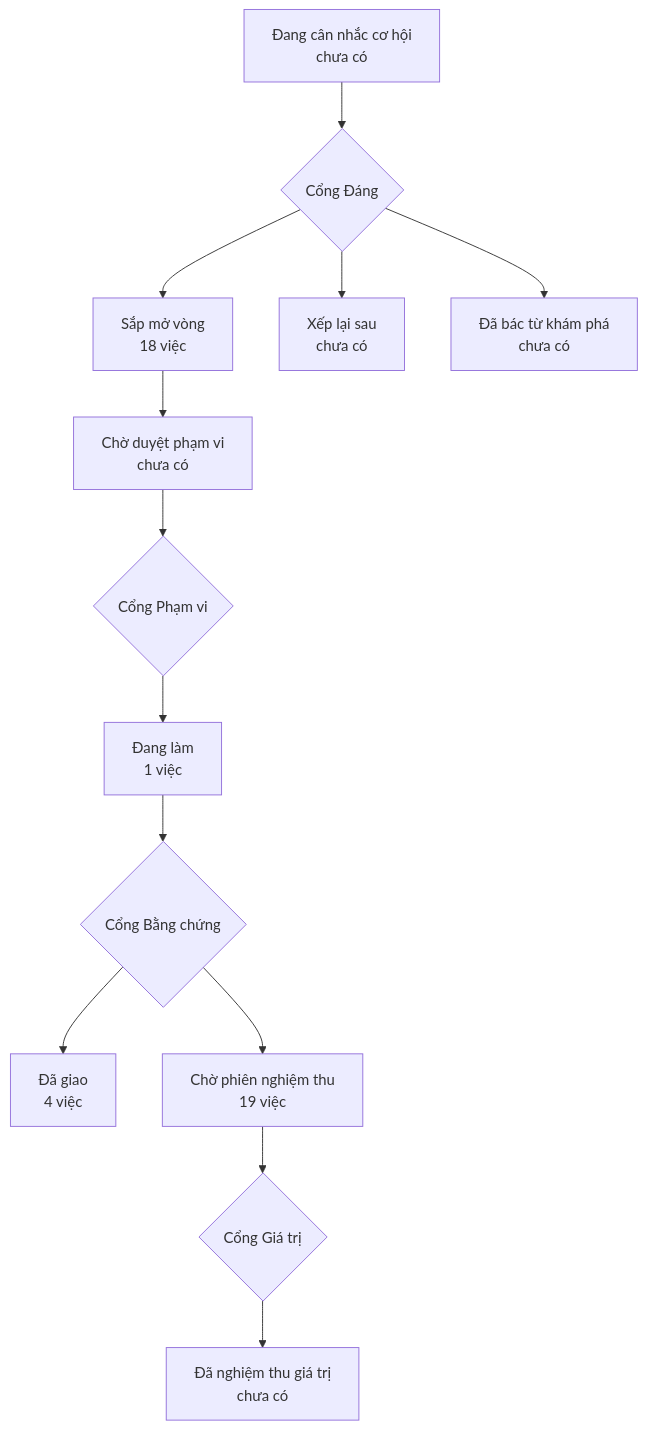
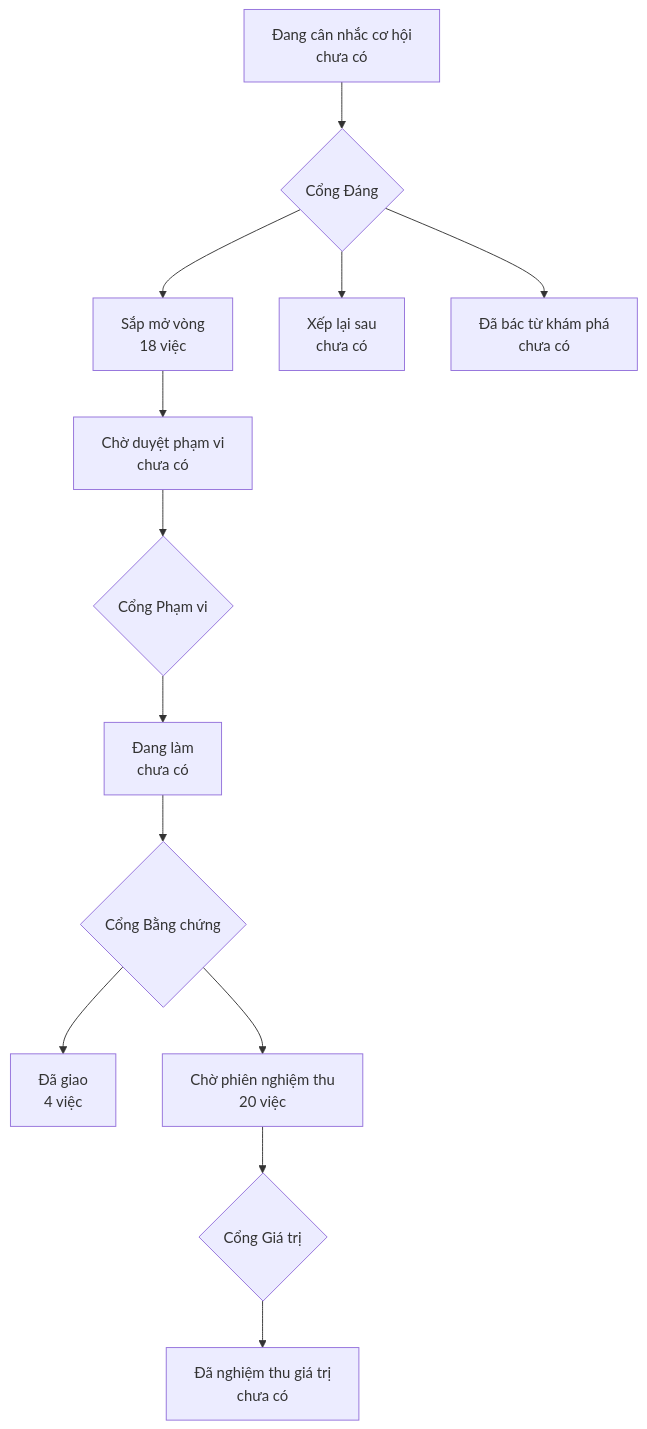
The diagram in PRODUCT-MAP.md (phanlemanh/onehub-quy-hang), drawn with Mermaid before and after one commit. The commit also changed other lines of this file and 7 other files, not shown here.

Commit message:
chore(can-trung-ma-hai-toa): bằng chứng S4 vòng 1 PASS — máy thông

````diff
--- a/PRODUCT-MAP.md
+++ b/PRODUCT-MAP.md
@@ -7,12 +7,12 @@
 ```mermaid
 flowchart TD
   A["Đang cân nhắc cơ hội<br/>chưa có"] --> GD{"Cổng Đáng"}
   GD --> B["Sắp mở vòng<br/>18 việc"]
   GD --> XL["Xếp lại sau<br/>chưa có"]
   GD --> DB["Đã bác từ khám phá<br/>chưa có"]
   B --> CD["Chờ duyệt phạm vi<br/>chưa có"] --> GP{"Cổng Phạm vi"}
-  GP --> DL["Đang làm<br/>1 việc"] --> GB{"Cổng Bằng chứng"}
+  GP --> DL["Đang làm<br/>chưa có"] --> GB{"Cổng Bằng chứng"}
   GB --> DG["Đã giao<br/>4 việc"]
-  GB --> CN["Chờ phiên nghiệm thu<br/>19 việc"] --> GG{"Cổng Giá trị"}
+  GB --> CN["Chờ phiên nghiệm thu<br/>20 việc"] --> GG{"Cổng Giá trị"}
   GG --> NT["Đã nghiệm thu giá trị<br/>chưa có"]
 ```
````
